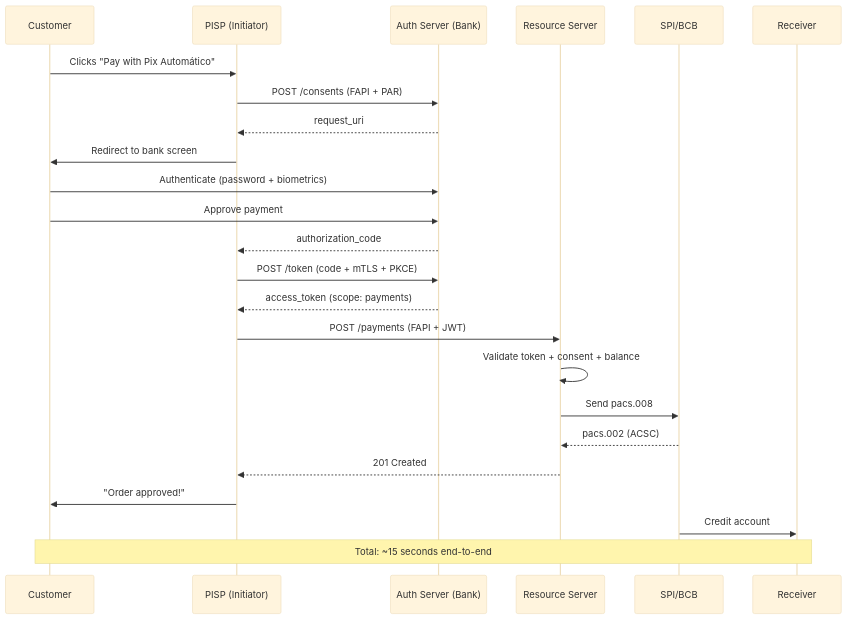
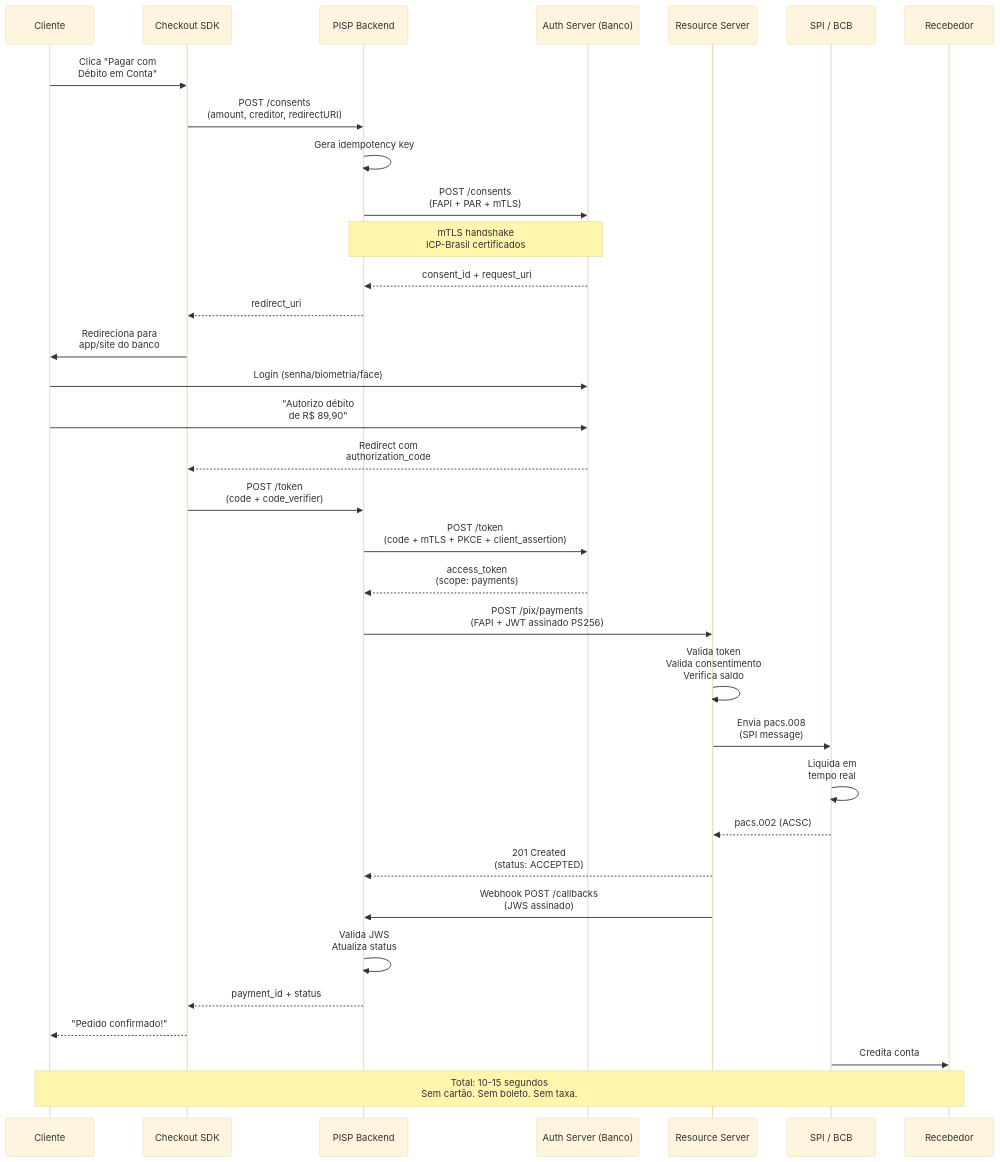
Before and after one commit to mateussiqueira/banking-stack: the second of 3 diagrams in packages/docs/en/challenges/15-pisp.md, drawn with Mermaid (base theme). The commit also changed other lines of this file and 24 other files, not shown here.

First line of the commit message:
roadmap 100%: API playground, EN sync, premium, white-label

````diff
--- a/packages/docs/en/challenges/15-pisp.md
+++ b/packages/docs/en/challenges/15-pisp.md
@@ -78,31 +222,38 @@
 ```mermaid
 sequenceDiagram
-    participant U as Customer
-    participant PISP as PISP (Initiator)
-    participant AS as Auth Server (Bank)
+    participant U as Cliente
+    participant SDK as Checkout SDK
+    participant PISP as PISP Backend
+    participant AS as Auth Server (Banco)
     participant RS as Resource Server
-    participant SPI as SPI/BCB
-    participant R as Receiver
+    participant SPI as SPI / BCB
+    participant R as Recebedor
 
-    U->>PISP: Clicks "Pay with Pix Automático"
-    PISP->>AS: POST /consents (FAPI + PAR)
-    AS-->>PISP: request_uri
-    PISP->>U: Redirect to bank screen
-    U->>AS: Authenticate (password + biometrics)
-    U->>AS: Approve payment
-    AS-->>PISP: authorization_code
+    U->>SDK: Clica "Pagar com<br/>Débito em Conta"
+    SDK->>PISP: POST /consents<br/>(amount, creditor, redirectURI)
+    PISP->>PISP: Gera idempotency key
+    PISP->>AS: POST /consents<br/>(FAPI + PAR + mTLS)
+    Note over PISP,AS: mTLS handshake<br/>ICP-Brasil certificados
+    AS-->>PISP: consent_id + request_uri
+    PISP-->>SDK: redirect_uri
+    SDK->>U: Redireciona para<br/>app/site do banco
+    U->>AS: Login (senha/biometria/face)
+    U->>AS: "Autorizo débito<br/>de R$ 89,90"
+    AS-->>SDK: Redirect com<br/>authorization_code
+    SDK->>PISP: POST /token<br/>(code + code_verifier)
+    PISP->>AS: POST /token<br/>(code + mTLS + PKCE + client_assertion)
+    AS-->>PISP: access_token<br/>(scope: payments)
+    PISP->>RS: POST /pix/payments<br/>(FAPI + JWT assinado PS256)
+    RS->>RS: Valida token<br/>Valida consentimento<br/>Verifica saldo
+    RS->>SPI: Envia pacs.008<br/>(SPI message)
+    SPI->>SPI: Liquida em<br/>tempo real
+    SPI-->>RS: pacs.002 (ACSC)
+    RS-->>PISP: 201 Created<br/>(status: ACCEPTED)
+    RS->>PISP: Webhook POST /callbacks<br/>(JWS assinado)
+    PISP->>PISP: Valida JWS<br/>Atualiza status
+    PISP-->>SDK: payment_id + status
+    SDK-->>U: "Pedido confirmado!"
+    SPI->>R: Credita conta
 
-    PISP->>AS: POST /token (code + mTLS + PKCE)
-    AS-->>PISP: access_token (scope: payments)
-
-    PISP->>RS: POST /payments (FAPI + JWT)
-    RS->>RS: Validate token + consent + balance
-    RS->>SPI: Send pacs.008
-    SPI-->>RS: pacs.002 (ACSC)
-    RS-->>PISP: 201 Created
-
-    PISP->>U: "Order approved!"
-    SPI->>R: Credit account
-
-    Note over U,R: Total: ~15 seconds end-to-end
+    Note over U,R: Total: 10-15 segundos<br/>Sem cartão. Sem boleto. Sem taxa.
 ```
````
